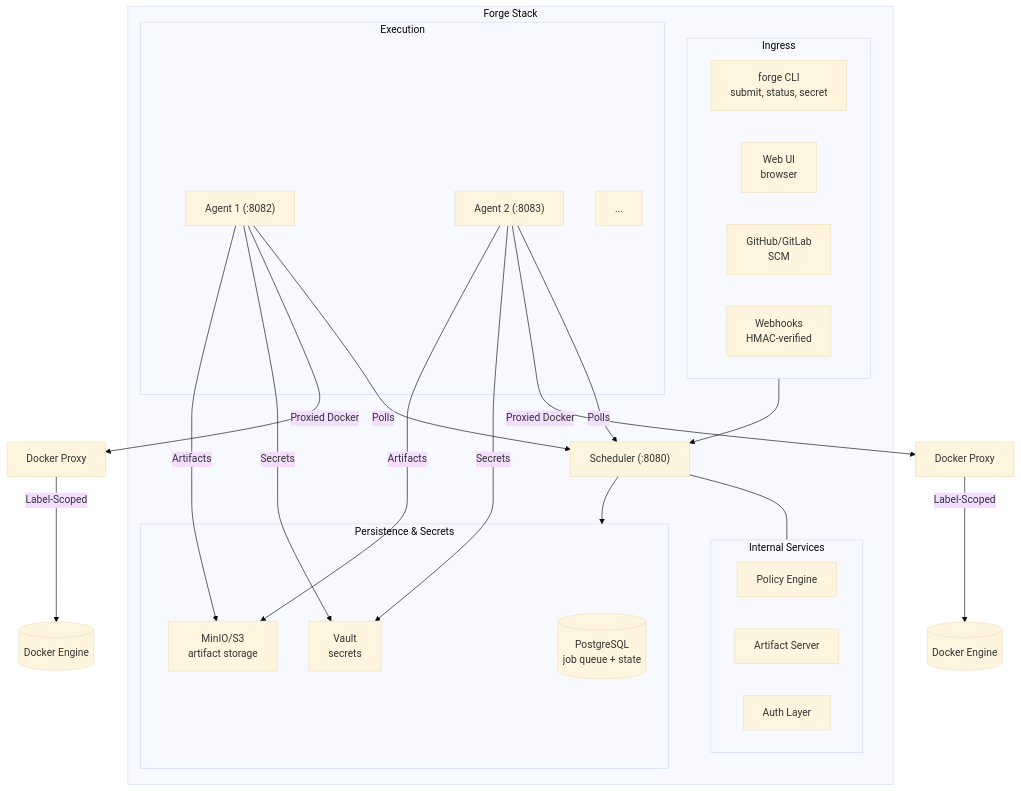
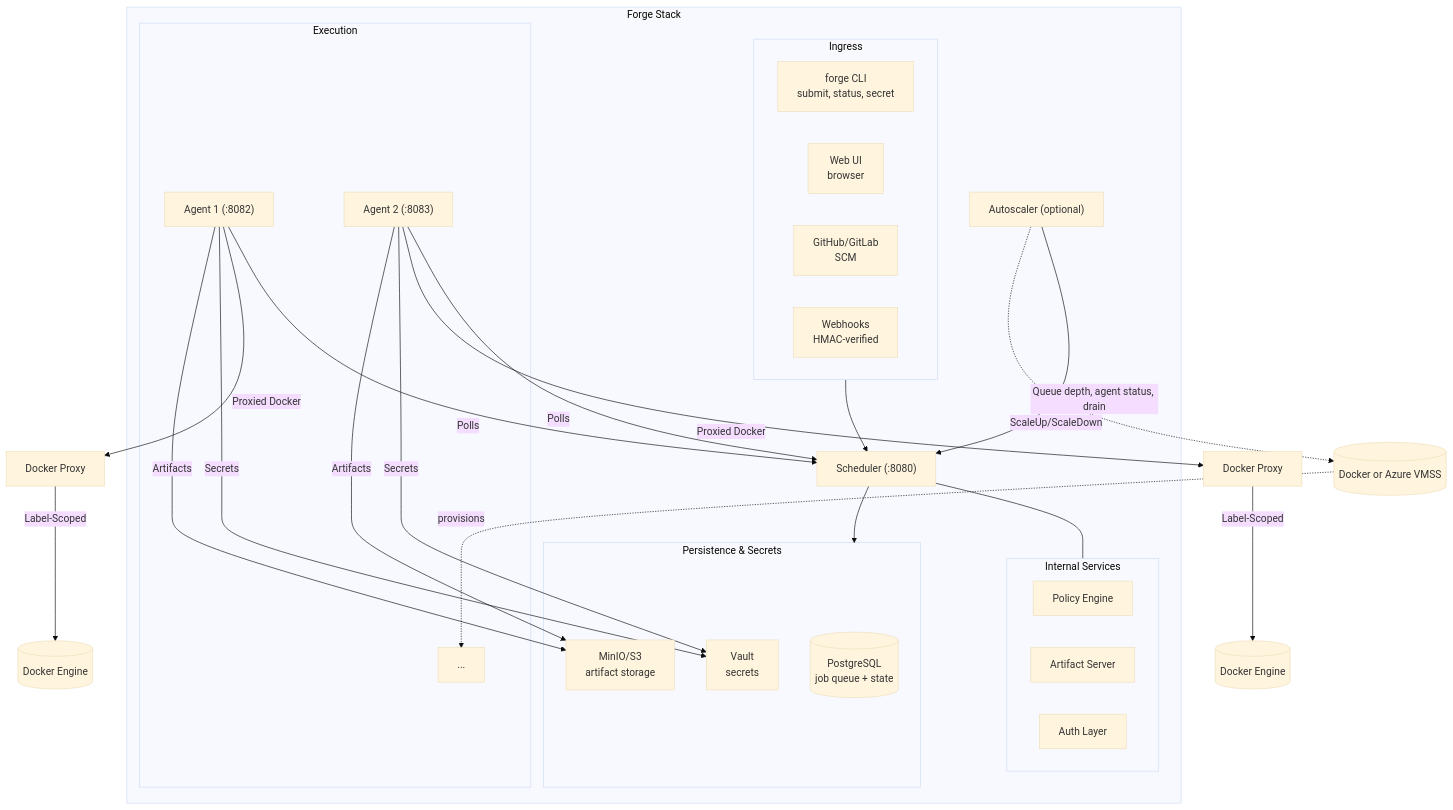
Before and after one commit to JBraunsmaJr/Forge: the diagram in docs/Architecture.md, drawn with Mermaid (base theme). The commit also changed other lines of this file and 7 other files, not shown here.

````diff
--- a/docs/Architecture.md
+++ b/docs/Architecture.md
@@ -9,50 +9,56 @@
 ```mermaid
 graph TD
     subgraph "Forge Stack"
         subgraph IG ["Ingress"]
             CLI[forge CLI<br/>submit, status, secret]
             UI[Web UI<br/>browser]
             SCM[GitHub/GitLab<br/>SCM]
             Webhooks[Webhooks<br/>HMAC-verified]
         end
 
         Scheduler["Scheduler (:8080)"]
         
         subgraph IS ["Internal Services"]
             Policy[Policy Engine]
             Artifact[Artifact Server]
             Auth[Auth Layer]
         end
 
         subgraph PS ["Persistence & Secrets"]
             DB[(PostgreSQL<br/>job queue + state)]
             Vault[Vault<br/>secrets]
             S3[MinIO/S3<br/>artifact storage]
         end
 
         subgraph EX ["Execution"]
             Agent1["Agent 1 (:8082)"]
             Agent2["Agent 2 (:8083)"]
             AgentN[...]
         end
+
+        Autoscaler["Autoscaler (optional)"]
     end
 
     IG --> Scheduler
     Scheduler --- IS
     Scheduler --> PS
     
     Agent1 -- "Polls" --> Scheduler
     Agent2 -- "Polls" --> Scheduler
+
+    Autoscaler -- "Queue depth, agent status, drain" --> Scheduler
+    Autoscaler -. "ScaleUp/ScaleDown" .-> Cloud[(Docker or Azure VMSS)]
+    Cloud -. "provisions" .-> AgentN
     
     Agent1 -- "Proxied Docker" --> Proxy1[Docker Proxy]
     Agent2 -- "Proxied Docker" --> Proxy2[Docker Proxy]
 
     Proxy1 -- "Label-Scoped" --> Docker1[(Docker Engine)]
     Proxy2 -- "Label-Scoped" --> Docker2[(Docker Engine)]
 
     Agent1 -- "Secrets" --> Vault
     Agent2 -- "Secrets" --> Vault
     
     Agent1 -- "Artifacts" --> S3
     Agent2 -- "Artifacts" --> S3
 ```
````
